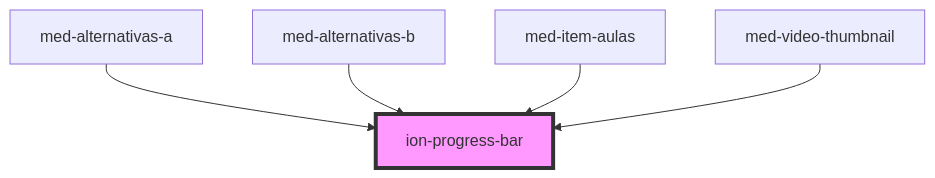
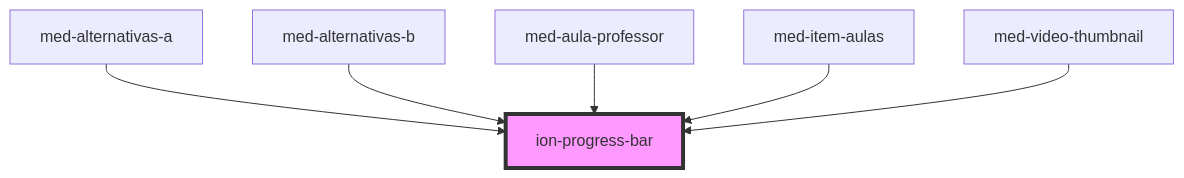
One commit to MEDGRUPOGIT/ionic-framework-1 changed the diagram in core/src/components/progress-bar/readme.md. Above: the diagram before and after it, drawn with Mermaid. The commit also changed other lines of this file and 44 other files, not shown here.

````diff
--- a/core/src/components/progress-bar/readme.md
+++ b/core/src/components/progress-bar/readme.md
@@ -176,8 +177,9 @@
 ```mermaid
 graph TD;
   med-alternativas-a --> ion-progress-bar
   med-alternativas-b --> ion-progress-bar
+  med-aula-professor --> ion-progress-bar
   med-item-aulas --> ion-progress-bar
   med-video-thumbnail --> ion-progress-bar
   style ion-progress-bar fill:#f9f,stroke:#333,stroke-width:4px
 ```
````
